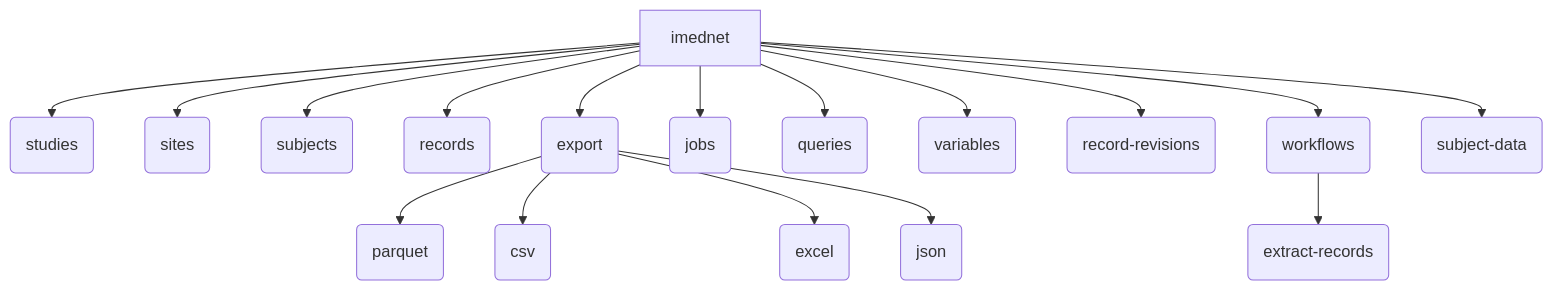
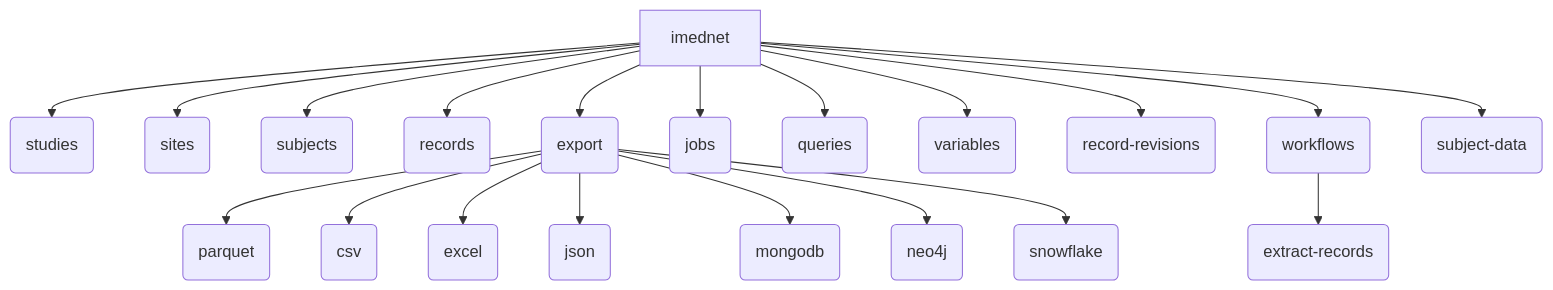
The diagram in docs/cli.rst (fderuiter/imednet-python-sdk), drawn with Mermaid before and after one commit. The commit also changed other lines of this file and 10 other files, not shown here.

Commit message:
feat(core): add export helpers and CLI commands for mongodb neo4j and snowflake

```diff
--- a/docs/cli.rst
+++ b/docs/cli.rst
@@ -28,19 +28,22 @@
 .. mermaid::
 
    graph TD
        A[imednet] --> B(studies)
        A --> C(sites)
        A --> D(subjects)
        A --> E(records)
        A --> F(export)
        F --> F1(parquet)
        F --> F2(csv)
        F --> F3(excel)
        F --> F4(json)
+       F --> F5(mongodb)
+       F --> F6(neo4j)
+       F --> F7(snowflake)
        A --> G(jobs)
        A --> H(queries)
        A --> I(variables)
        A --> J("record-revisions")
        A --> K(workflows)
        K --> K1("extract-records")
        A --> L("subject-data")
```
